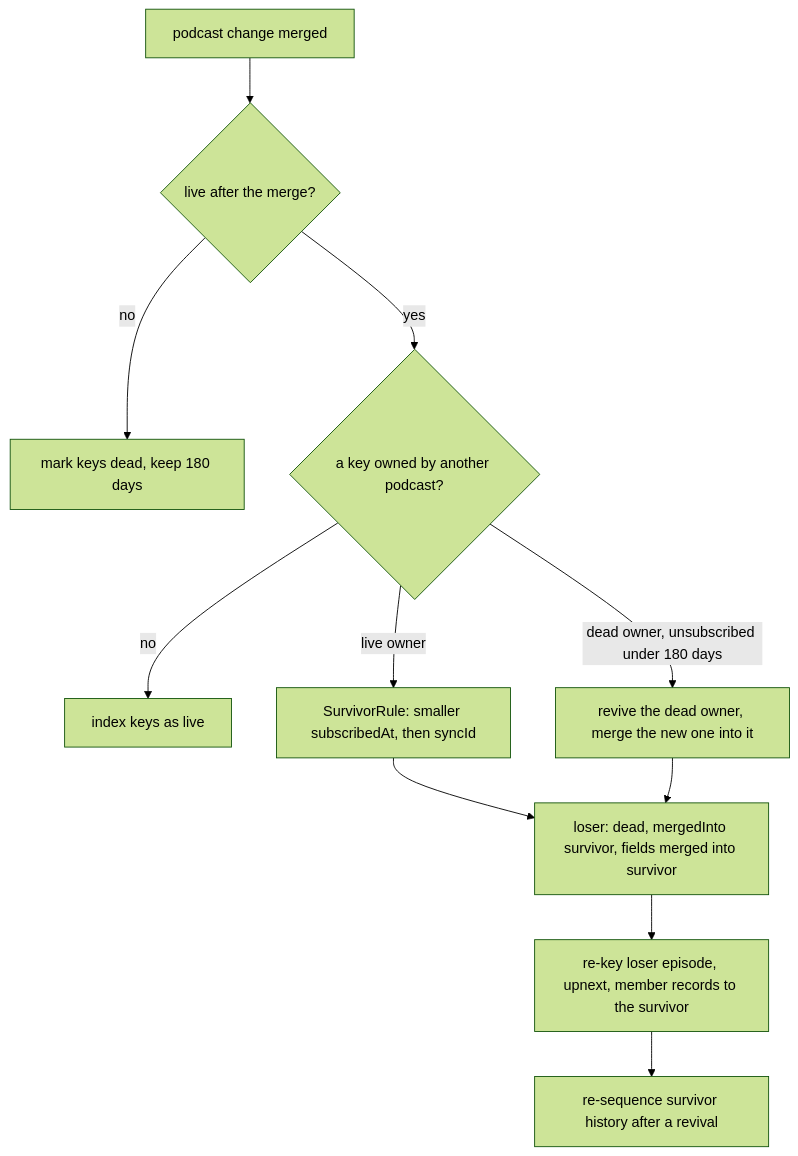
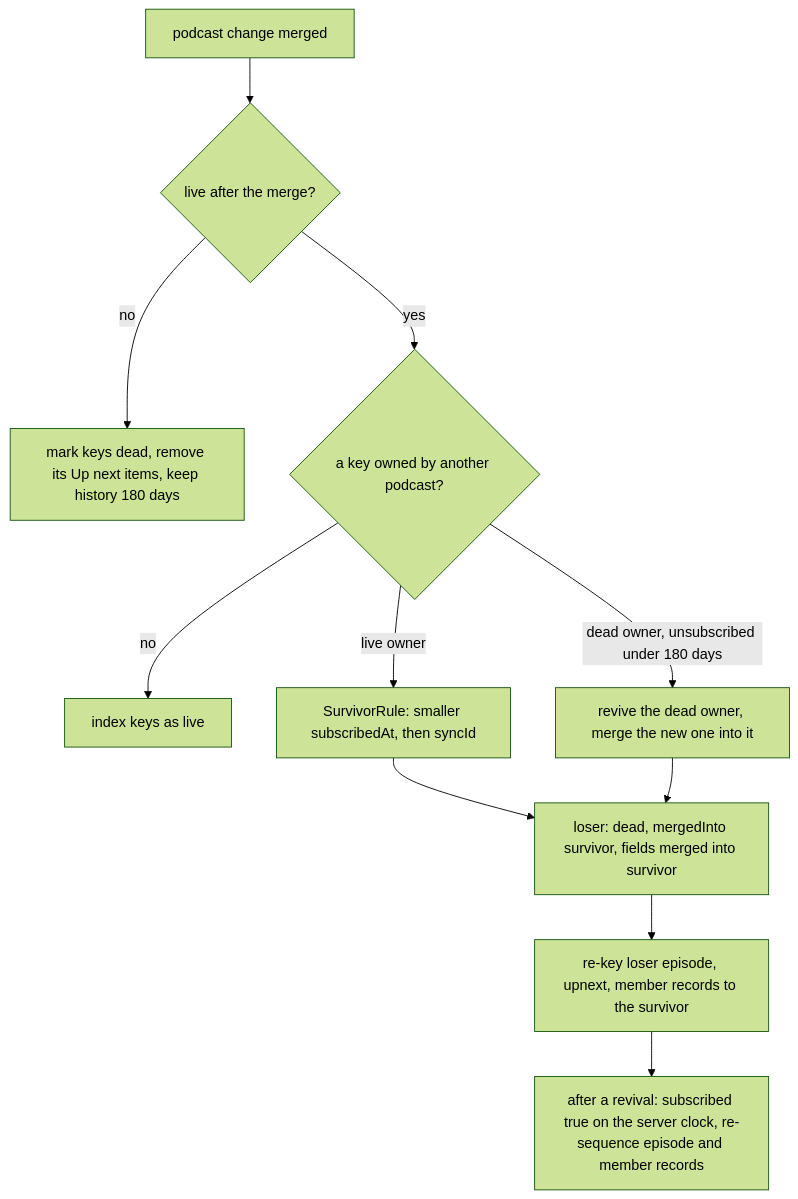
The seventh of 7 diagrams in docs/design/10-sync.md (BigBoyDevBox/Neutrodyne), drawn with Mermaid (forest theme) before and after one commit. The commit also changed other lines of this file and 2 other files, not shown here.

````diff
--- a/docs/design/10-sync.md
+++ b/docs/design/10-sync.md
@@ -1304,13 +1329,13 @@
 ```mermaid
 flowchart TD
   A["podcast change merged"] --> B{"live after the merge?"}
-  B -- no --> Z["mark keys dead, keep 180 days"]
+  B -- no --> Z["mark keys dead, remove its Up next items, keep history 180 days"]
   B -- yes --> C{"a key owned by another podcast?"}
   C -- "no" --> D["index keys as live"]
   C -- "live owner" --> E["SurvivorRule: smaller subscribedAt, then syncId"]
   C -- "dead owner, unsubscribed under 180 days" --> F["revive the dead owner, merge the new one into it"]
   E --> G["loser: dead, mergedInto survivor, fields merged into survivor"]
   F --> G
   G --> H["re-key loser episode, upnext, member records to the survivor"]
-  H --> I["re-sequence survivor history after a revival"]
+  H --> I["after a revival: subscribed true on the server clock, re-sequence episode and member records"]
 ```
````
